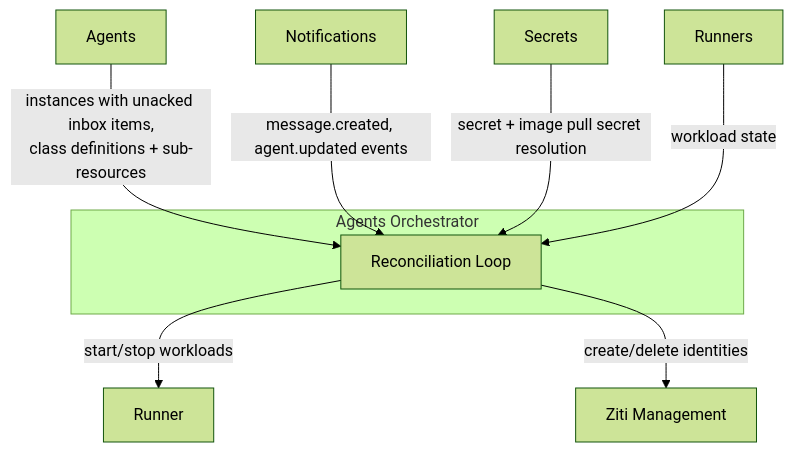
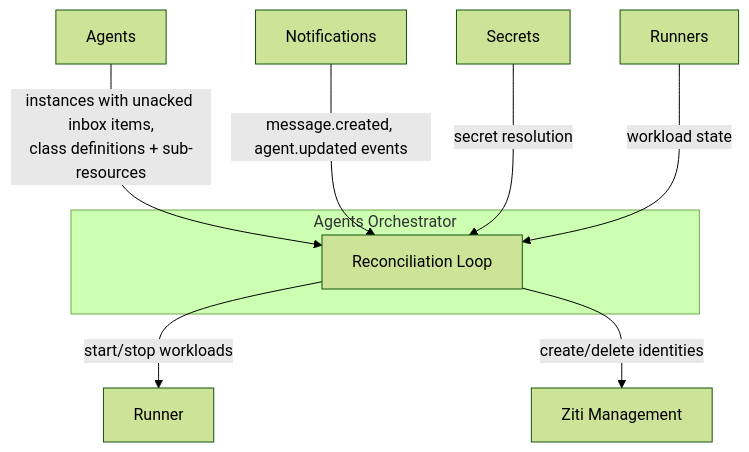
The first of 4 diagrams in architecture/agents-orchestrator.md (agynio/architecture), drawn with Mermaid (forest theme) before and after one commit. The commit also changed other lines of this file and 37 other files, not shown here.

Commit message:
Add image-catalog, image-pull-proxy, self-registration, runtime changes

````diff
--- a/architecture/agents-orchestrator.md
+++ b/architecture/agents-orchestrator.md
@@ -11,13 +11,13 @@
 ```mermaid
 graph TB
     subgraph "Agents Orchestrator"
         Reconciler[Reconciliation Loop]
     end
 
     Agents -->|instances with unacked inbox items,<br/>class definitions + sub-resources| Reconciler
     Notifications -->|message.created, agent.updated events| Reconciler
-    Secrets -->|secret + image pull secret resolution| Reconciler
+    Secrets -->|secret resolution| Reconciler
     Runners[Runners] -->|workload state| Reconciler
     Reconciler -->|start/stop workloads| Runner
     Reconciler -->|create/delete identities| ZitiMgmt[Ziti Management]
 ```
````
